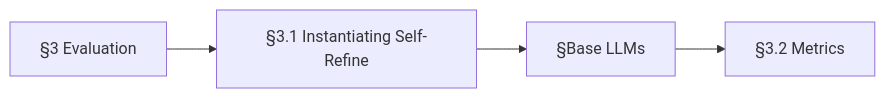
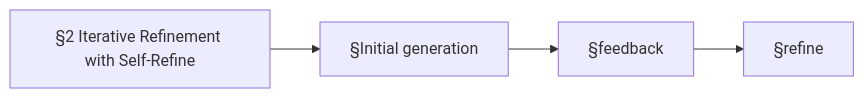
Before and after one commit to DarknessLED/dsh-loom: the sixth of 18 diagrams in docs/research/work-r8-research-method-2026-11-25.md, drawn with Mermaid. The commit also changed other lines of this file and 39 other files, not shown here.

````diff
--- a/docs/research/work-r8-research-method-2026-11-25.md
+++ b/docs/research/work-r8-research-method-2026-11-25.md
@@ -490,10 +490,10 @@
 ```mermaid
 flowchart LR
-  N0["§3 Evaluation"]
-  N1["§3.1 Instantiating Self-Refine"]
-  N2["§Base LLMs"]
-  N3["§3.2 Metrics"]
+  N0["§2 Iterative Refinement with Self-Refine"]
+  N1["§Initial generation"]
+  N2["§feedback"]
+  N3["§refine"]
   N0 --> N1
   N1 --> N2
   N2 --> N3
 ```
````
